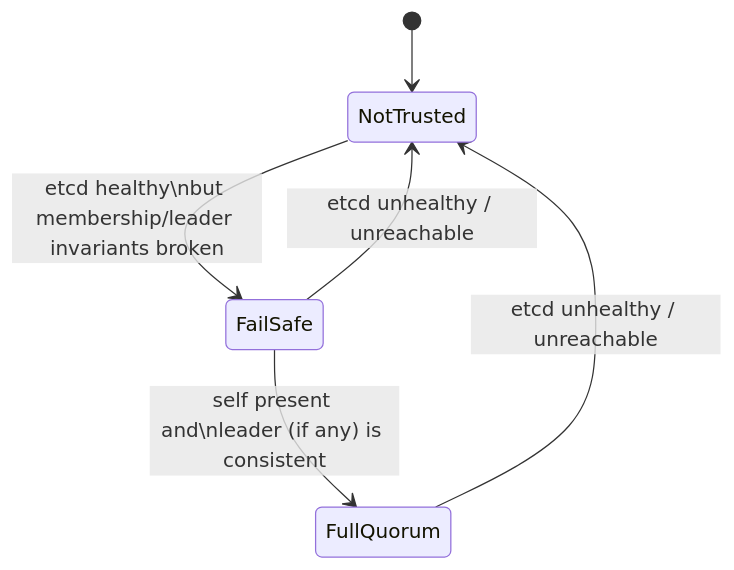
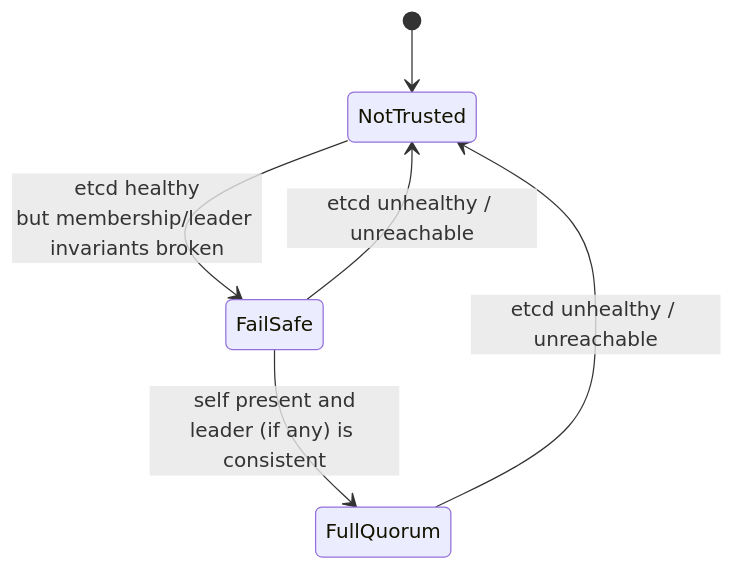
Before and after one commit to djosh34/pgtuskmaster_rust: the diagram in docs/src/concepts/roles-and-trust.md, drawn with Mermaid. The commit also changed 9 other files, not shown here.

Commit message:
docs: use <br/> in mermaid labels and lint against \n

````diff
--- a/docs/src/concepts/roles-and-trust.md
+++ b/docs/src/concepts/roles-and-trust.md
@@ -16,8 +16,8 @@
 ```mermaid
 stateDiagram-v2
   [*] --> NotTrusted
-  NotTrusted --> FailSafe: etcd healthy\nbut membership/leader invariants broken
-  FailSafe --> FullQuorum: self present and\nleader (if any) is consistent
+  NotTrusted --> FailSafe: etcd healthy<br/>but membership/leader invariants broken
+  FailSafe --> FullQuorum: self present and<br/>leader (if any) is consistent
   FailSafe --> NotTrusted: etcd unhealthy / unreachable
   FullQuorum --> NotTrusted: etcd unhealthy / unreachable
 ```
````
